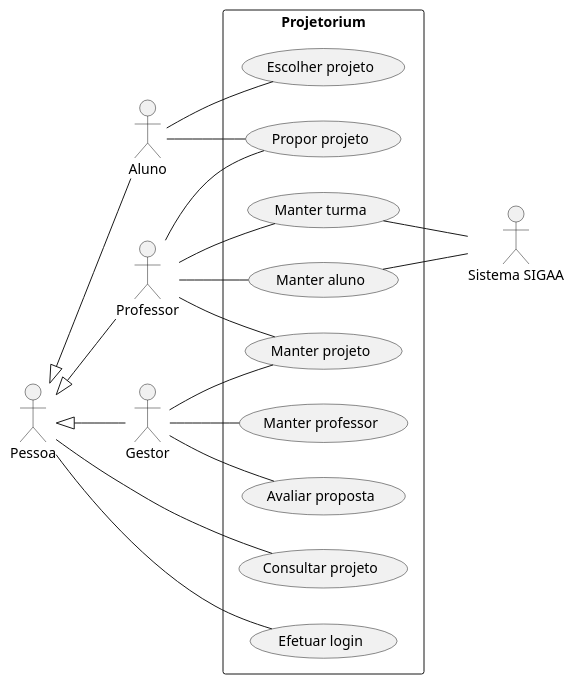
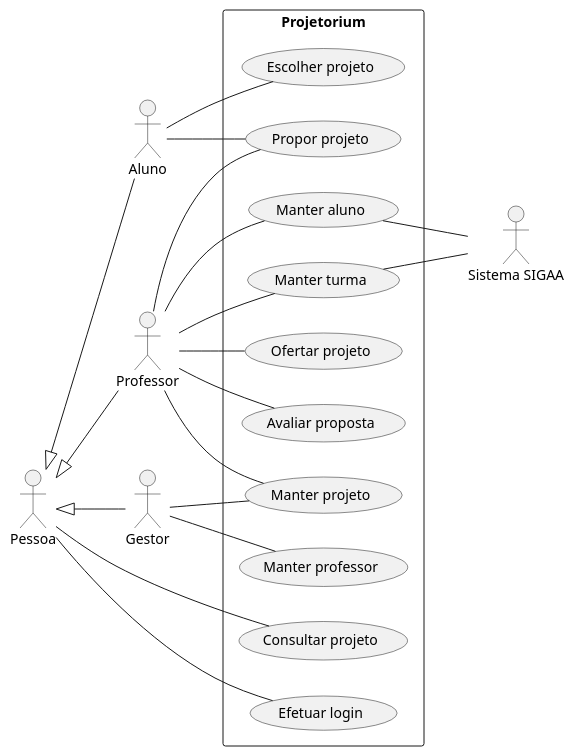
The diagram in requisitos/usecase.puml (Pedro-V/projetorium), drawn with PlantUML before and after one commit.

Commit message:
professor avalia proposta

```diff
--- a/requisitos/usecase.puml
+++ b/requisitos/usecase.puml
@@ -1,44 +1,46 @@
 @startuml
 left to right direction
 ' Atores
 :Pessoa: as Pessoa
 :Aluno: as Aluno
 :Professor: as Professor
 :Gestor: as Gestor
 :Sistema SIGAA: as SIGAA
 
 ' Extensões de atores
 Pessoa <|-- Aluno
 Pessoa <|-- Professor
 Pessoa <|-- Gestor
 
 rectangle "Projetorium" {
     (Consultar projeto) as ConsProj
     (Propor projeto) as PropProj
     (Manter projeto) as MantProj
     (Efetuar login) as EfetLog
     (Manter turma) as MantTurm
     (Manter professor) as MantProf
     (Manter aluno) as MantAlun
     (Avaliar proposta) as AvalProp
     (Escolher projeto) as EscProj
+    (Ofertar projeto) as OfertProj
 }
 
 Pessoa -- ConsProj
 Pessoa -- EfetLog
 
 Aluno -- PropProj
 Aluno -- EscProj
 
 Professor -- MantAlun
 Professor -- MantTurm
 Professor -- MantProj
 Professor -- PropProj
+Professor -- OfertProj
+Professor -- AvalProp
 
-Gestor -- AvalProp
 Gestor -- MantProj
 Gestor -- MantProf
 
 SIGAA -up- MantTurm
 SIGAA -up- MantAlun
 @enduml
```
